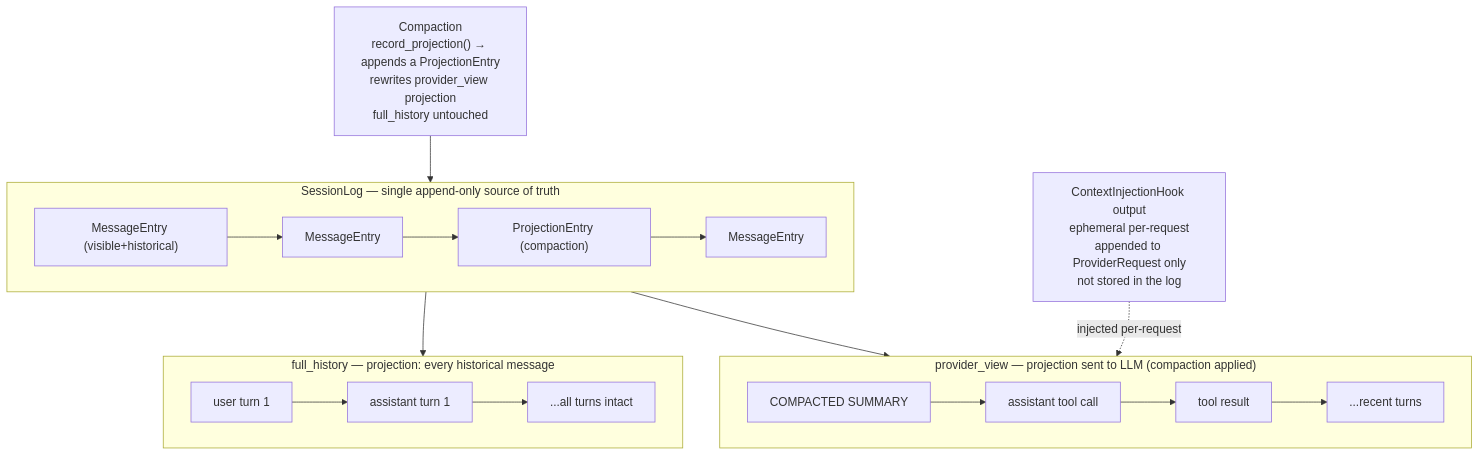
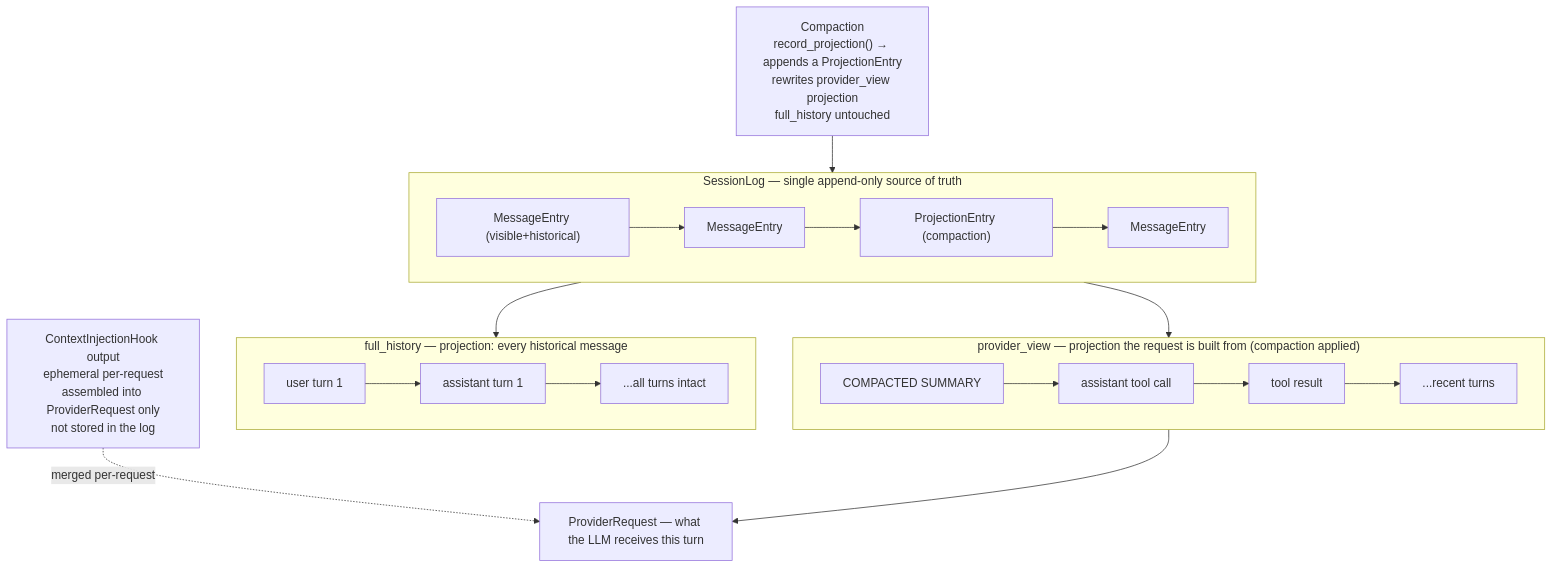
The fifth of 8 diagrams in docs/architecture/subsystems.md (DuyTa506/linch), drawn with Mermaid before and after one commit. The commit also changed 12 other files, not shown here.

````diff
--- a/docs/architecture/subsystems.md
+++ b/docs/architecture/subsystems.md
@@ -227,26 +227,29 @@
 ```mermaid
 graph TD
     subgraph LOG["SessionLog  — single append-only source of truth"]
         direction LR
         e1["MessageEntry (visible+historical)"] --> e2["MessageEntry"] --> e3["ProjectionEntry (compaction)"] --> e4["MessageEntry"]
     end
 
     subgraph FH["full_history  — projection: every historical message"]
         direction LR
         fh1["user turn 1"] --> fh2["assistant turn 1"] --> fh3["...all turns intact"]
     end
 
-    subgraph PV["provider_view  — projection sent to LLM (compaction applied)"]
+    subgraph PV["provider_view  — projection the request is built from (compaction applied)"]
         direction LR
         pvc["COMPACTED SUMMARY"] --> pv4["assistant tool call"] --> pv5["tool result"] --> pv6["...recent turns"]
     end
 
     COMP["Compaction\nrecord_projection() → appends a ProjectionEntry\nrewrites provider_view projection\nfull_history untouched"]
 
-    CTX["ContextInjectionHook output\nephemeral per-request\nappended to ProviderRequest only\nnot stored in the log"]
+    CTX["ContextInjectionHook output\nephemeral per-request\nassembled into ProviderRequest only\nnot stored in the log"]
+
+    REQ["ProviderRequest — what the LLM receives this turn"]
 
     LOG --> FH
     LOG --> PV
     COMP --> LOG
-    CTX -.->|"injected per-request"| PV
+    PV --> REQ
+    CTX -.->|"merged per-request"| REQ
 ```
````
